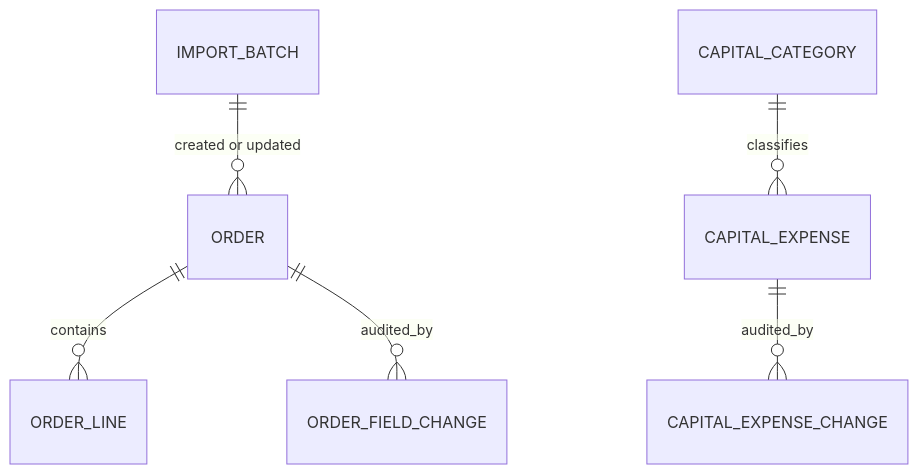
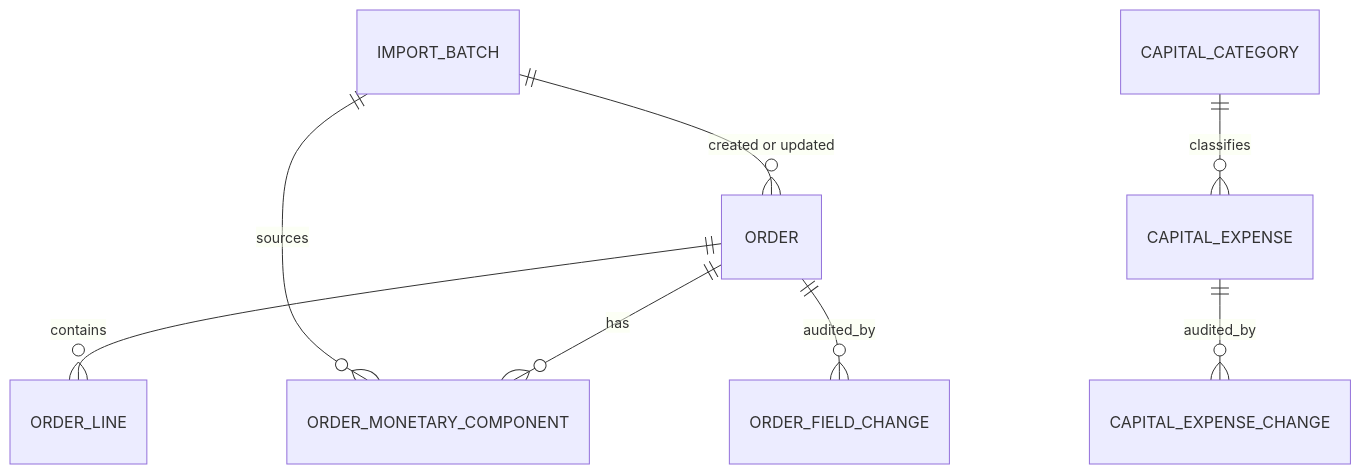
The diagram in docs/data-model/relationships.mmd (xxiihdc/meowzyy-erp), drawn with Mermaid before and after one commit. The commit also changed 4 other files, not shown here.

```diff
--- a/docs/data-model/relationships.mmd
+++ b/docs/data-model/relationships.mmd
@@ -1,6 +1,8 @@
 erDiagram
   IMPORT_BATCH ||--o{ ORDER : "created or updated"
+  IMPORT_BATCH ||--o{ ORDER_MONETARY_COMPONENT : "sources"
   ORDER ||--o{ ORDER_LINE : contains
+  ORDER ||--o{ ORDER_MONETARY_COMPONENT : has
   ORDER ||--o{ ORDER_FIELD_CHANGE : audited_by
   CAPITAL_CATEGORY ||--o{ CAPITAL_EXPENSE : classifies
   CAPITAL_EXPENSE ||--o{ CAPITAL_EXPENSE_CHANGE : audited_by
```
